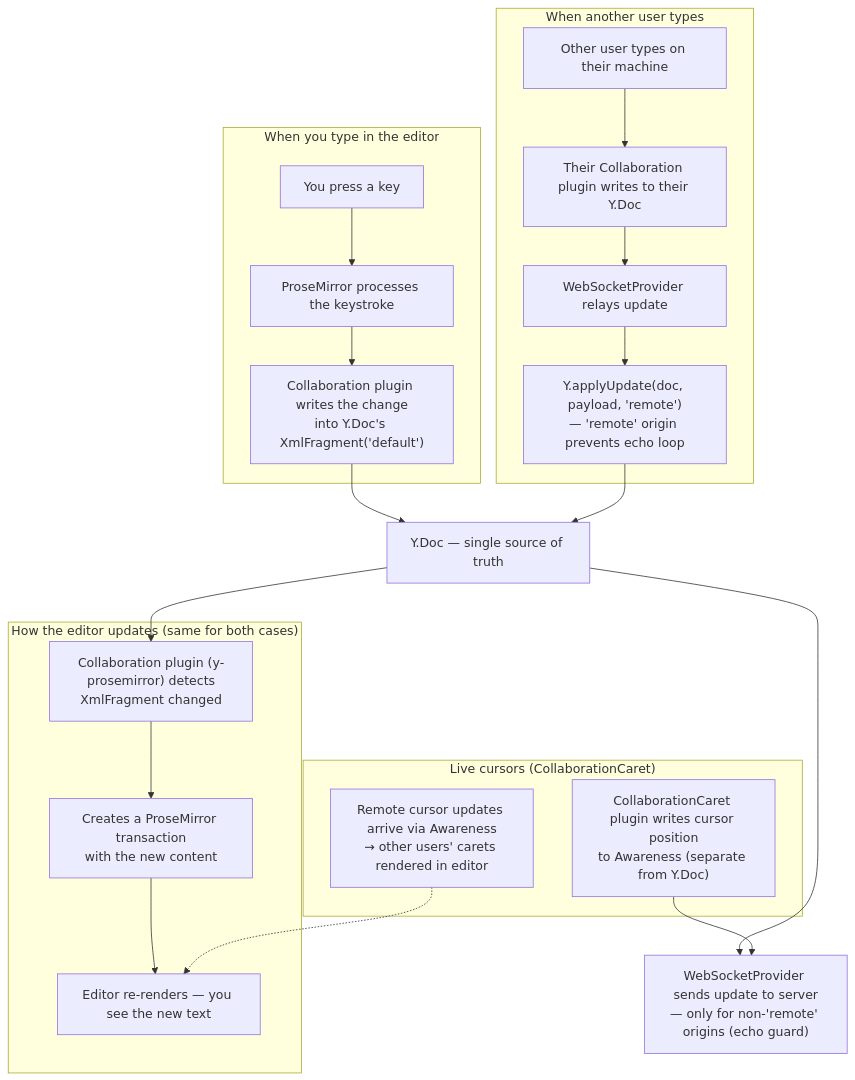
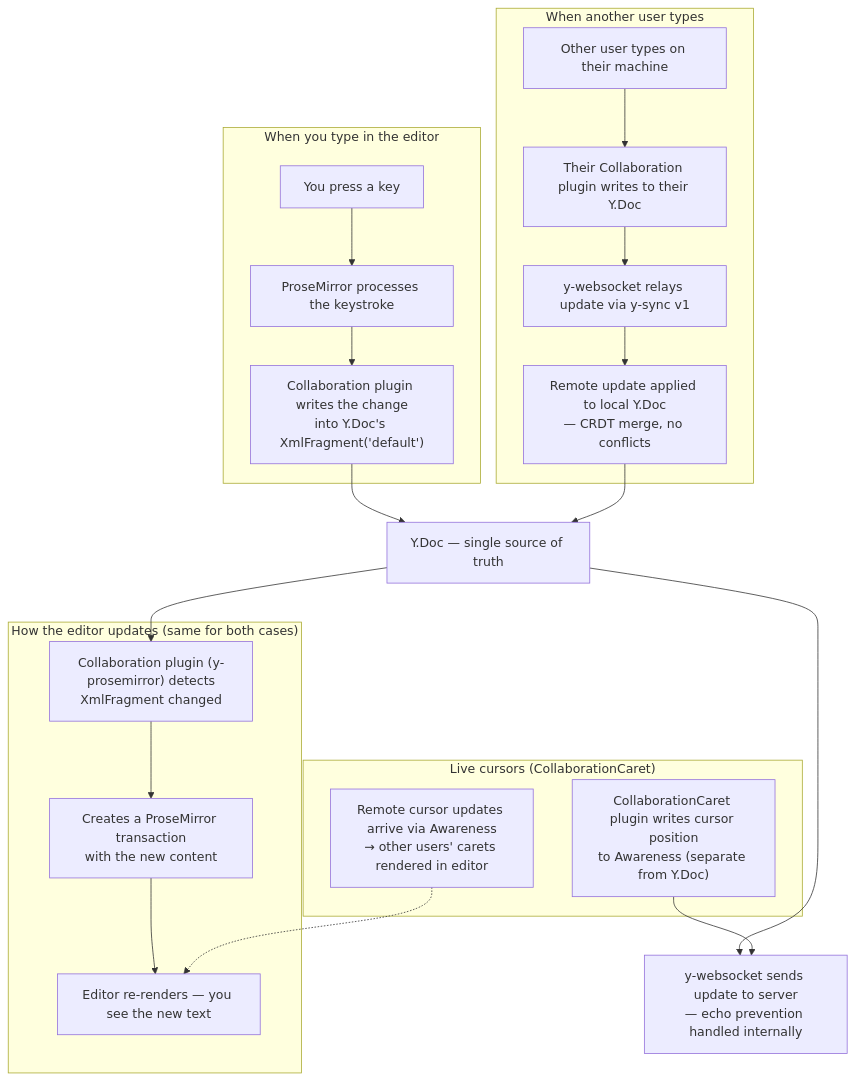
The second of 13 diagrams in srcs/requirements/frontend/docs/dev/tiptap-yjs-summary.md (MySeaLeeOom/basic_structure), drawn with Mermaid before and after one commit. The commit also changed other lines of this file and 6 other files, not shown here.

First line of the commit message:
Update dev docs for y-websocket architecture and condense obsolete content

````diff
--- a/srcs/requirements/frontend/docs/dev/tiptap-yjs-summary.md
+++ b/srcs/requirements/frontend/docs/dev/tiptap-yjs-summary.md
@@ -119,39 +120,39 @@
 ```mermaid
 flowchart TD
     subgraph when_you_type["When you type in the editor"]
         you["You press a key"]
         pm["ProseMirror processes the keystroke"]
         collab["Collaboration plugin writes the change<br/>into Y.Doc's XmlFragment#40;'default'#41;"]
     end
 
     you --> pm --> collab --> ydoc
 
     ydoc["Y.Doc — single source of truth"]
 
     subgraph when_remote_types["When another user types"]
         remote["Other user types on their machine"]
         remote_collab["Their Collaboration plugin writes to their Y.Doc"]
-        transport["WebSocketProvider relays update"]
-        apply["Y.applyUpdate#40;doc, payload, 'remote'#41;<br/>— 'remote' origin prevents echo loop"]
+        transport["y-websocket relays update via y-sync v1"]
+        apply["Remote update applied to local Y.Doc<br/>— CRDT merge, no conflicts"]
     end
 
     remote --> remote_collab --> transport --> apply --> ydoc
 
     subgraph screen_updates["How the editor updates #40;same for both cases#41;"]
         detect["Collaboration plugin #40;y-prosemirror#41; detects<br/>XmlFragment changed"]
         transaction["Creates a ProseMirror transaction<br/>with the new content"]
         render["Editor re-renders — you see the new text"]
     end
 
     ydoc --> detect --> transaction --> render
 
-    ydoc --> ws_out["WebSocketProvider sends update to server<br/>— only for non-'remote' origins #40;echo guard#41;"]
+    ydoc --> ws_out["y-websocket sends update to server<br/>— echo prevention handled internally"]
 
     subgraph cursors["Live cursors #40;CollaborationCaret#41;"]
         caret["CollaborationCaret plugin writes cursor position<br/>to Awareness #40;separate from Y.Doc#41;"]
         awareness_recv["Remote cursor updates arrive via Awareness<br/>→ other users' carets rendered in editor"]
     end
 
     caret --> ws_out
     awareness_recv -.-> render
 ```
````
